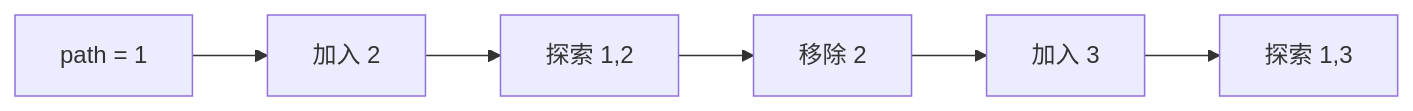
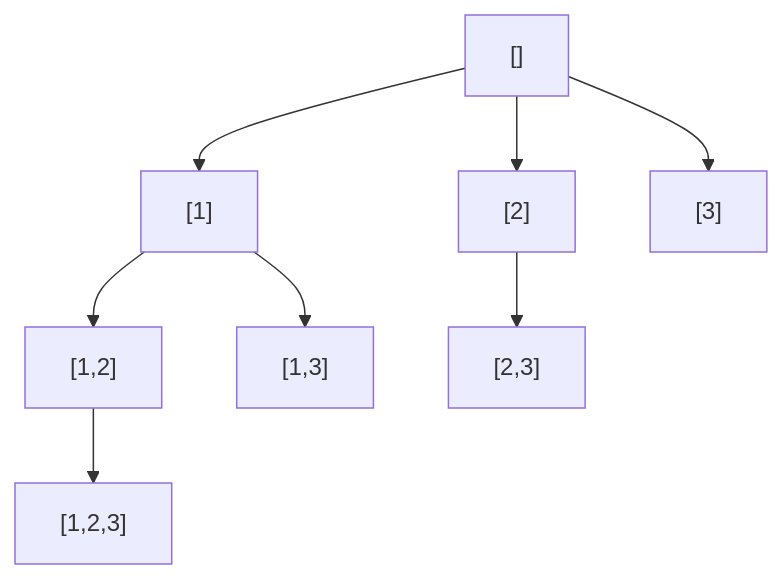
One commit to davidchen0970/algorithm_note changed the third of 5 diagrams in 05_recursion_backtracking/22_backtracking.md. Above: the diagram before and after it, drawn with Mermaid. The commit also changed other lines of this file and 1 other file, not shown here.

````diff
--- a/05_recursion_backtracking/22_backtracking.md
+++ b/05_recursion_backtracking/22_backtracking.md
@@ -131,8 +308,10 @@
 ```mermaid
-flowchart LR
-    A[path = 1] --> B[加入 2]
-    B --> C[探索 1,2]
-    C --> D[移除 2]
-    D --> E[加入 3]
-    E --> F[探索 1,3]
+graph TD
+    A["[]"] --> B["[1]"]
+    B --> C["[1,2]"]
+    C --> D["[1,2,3]"]
+    B --> E["[1,3]"]
+    A --> F["[2]"]
+    F --> G["[2,3]"]
+    A --> H["[3]"]
 ```
````
